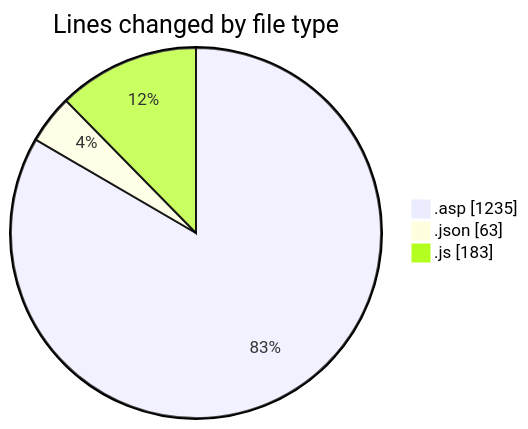
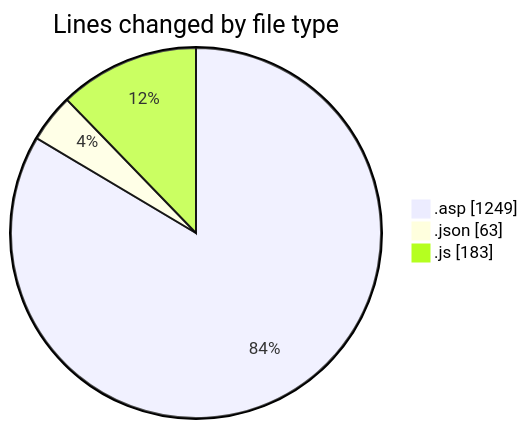
Before and after one commit to julien-gomy/code-tracking: the first of 2 diagrams in 2025-10-20/usr_aleoudev_fr__workspace_/README.md, drawn with Mermaid. The commit also changed other lines of this file and 1 other file, not shown here.

````diff
--- a/2025-10-20/usr_aleoudev_fr__workspace_/README.md
+++ b/2025-10-20/usr_aleoudev_fr__workspace_/README.md
@@ -24,7 +24,7 @@
 ```mermaid
 pie showData
 title Lines changed by file type
-".asp" : 1235
+".asp" : 1249
 ".json" : 63
 ".js" : 183
 ```
````
